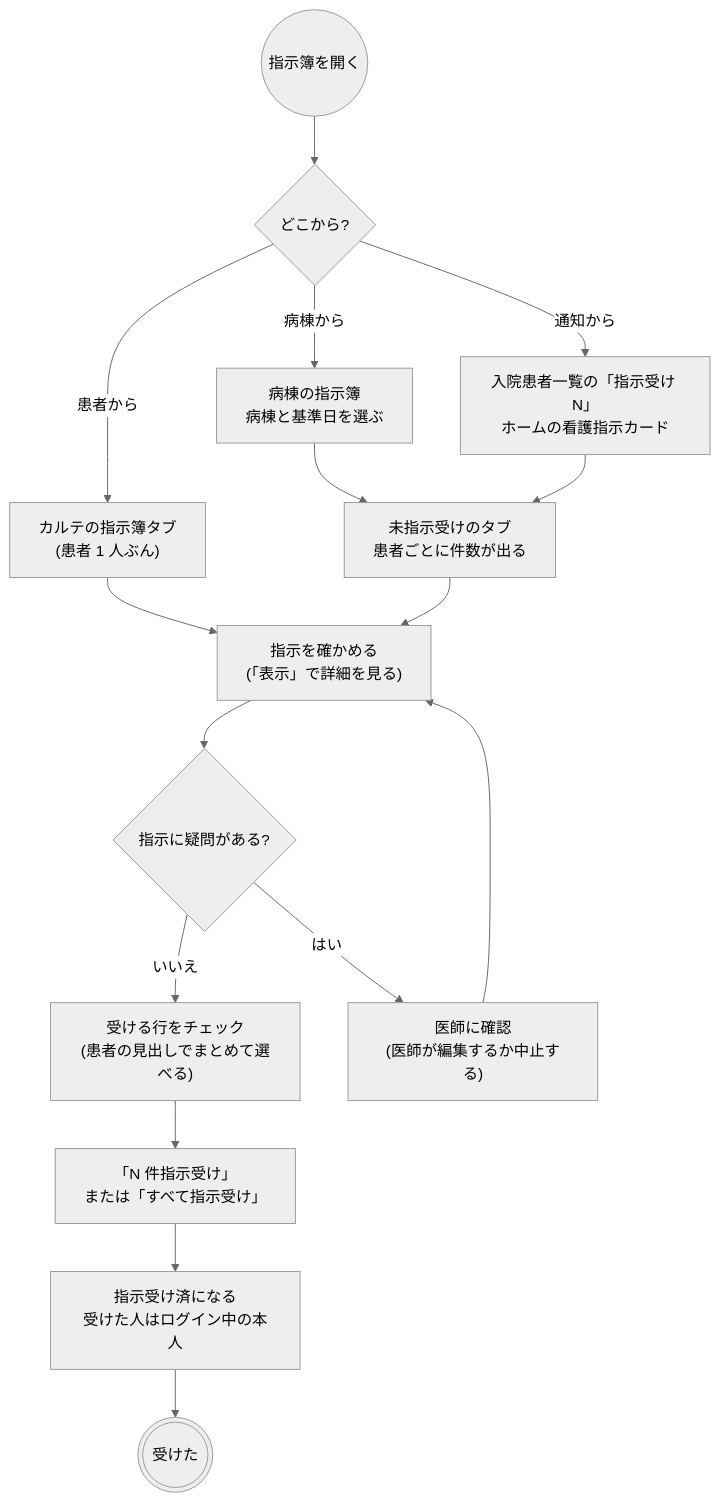
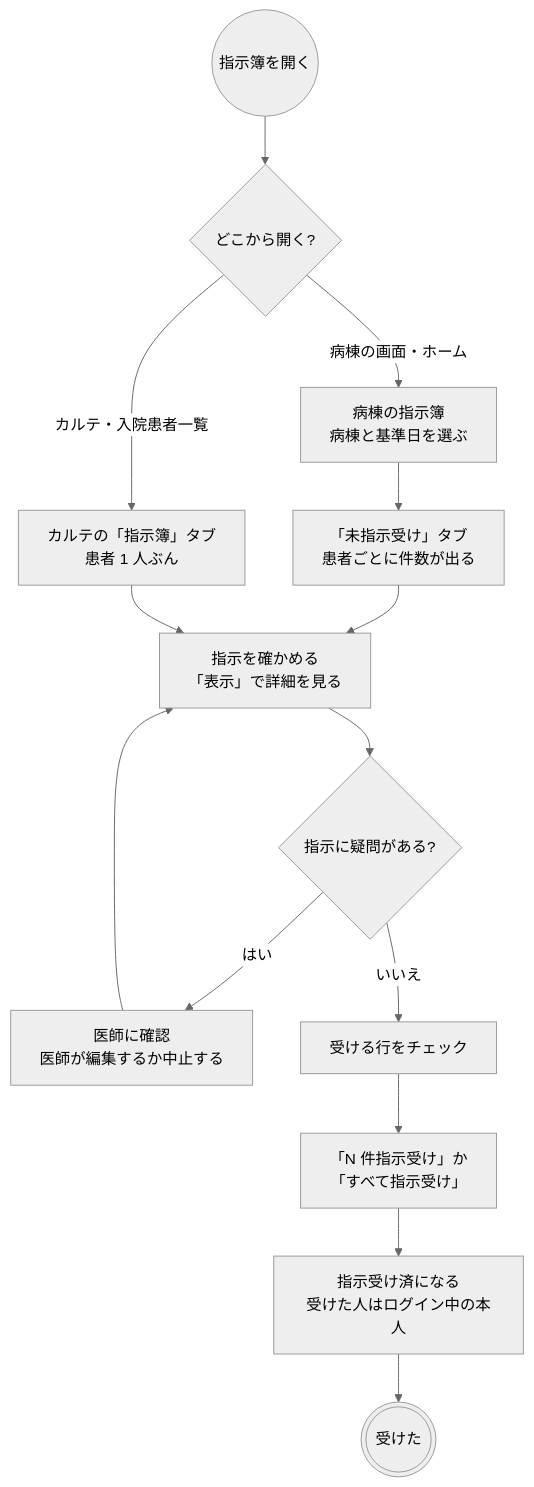
Before and after one commit to ysnr-dev/fhir-client-docs: the third of 5 diagrams in docs/flows/nursing.md, drawn with Mermaid (neutral theme). The commit also changed other lines of this file and 43 other files, not shown here.

Commit message:
docs: 業務フローとシーケンス図を写し直し

````diff
--- a/docs/flows/nursing.md
+++ b/docs/flows/nursing.md
@@ -151,24 +141,22 @@
 ```mermaid
 flowchart TD
   open(("指示簿を開く"))
-  from{"どこから?"}
-  karte["カルテの指示簿タブ<br/>(患者 1 人ぶん)"]
+  from{"どこから開く?"}
   worklist["病棟の指示簿<br/>病棟と基準日を選ぶ"]
-  badge["入院患者一覧の「指示受け N」<br/>ホームの看護指示カード"]
-  pending["未指示受けのタブ<br/>患者ごとに件数が出る"]
-  check["指示を確かめる<br/>(「表示」で詳細を見る)"]
-  pick["受ける行をチェック<br/>(患者の見出しでまとめて選べる)"]
-  acceptQ["「N 件指示受け」<br/>または「すべて指示受け」"]
+  pending["「未指示受け」タブ<br/>患者ごとに件数が出る"]
+  karte["カルテの「指示簿」タブ<br/>患者 1 人ぶん"]
+  check["指示を確かめる<br/>「表示」で詳細を見る"]
+  question{"指示に疑問がある?"}
+  ask["医師に確認<br/>医師が編集するか中止する"]
+  pick["受ける行をチェック"]
+  acceptQ["「N 件指示受け」か<br/>「すべて指示受け」"]
   saved["指示受け済になる<br/>受けた人はログイン中の本人"]
-  question{"指示に疑問がある?"}
-  ask["医師に確認<br/>(医師が編集するか中止する)"]
   done((("受けた")))
 
   open --> from
-  from -- "患者から" --> karte --> check
-  from -- "病棟から" --> worklist --> pending --> check
-  from -- "通知から" --> badge --> pending
+  from -- "病棟の画面・ホーム" --> worklist --> pending --> check
+  from -- "カルテ・入院患者一覧" --> karte --> check
   check --> question
+  question -- "はい" --> ask --> check
   question -- "いいえ" --> pick --> acceptQ --> saved --> done
-  question -- "はい" --> ask --> check
 ```
````
